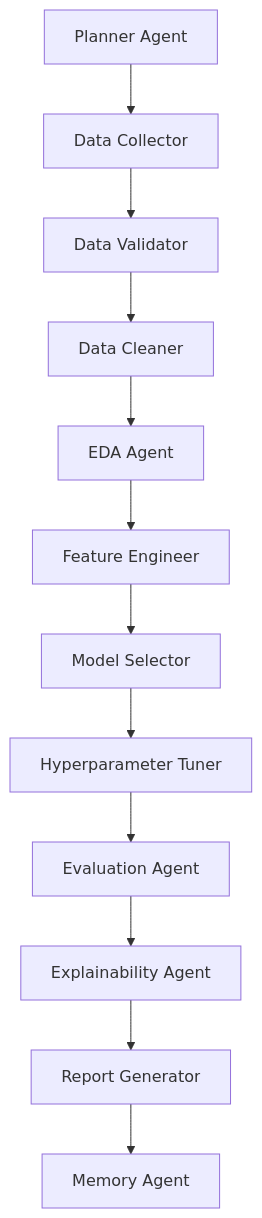
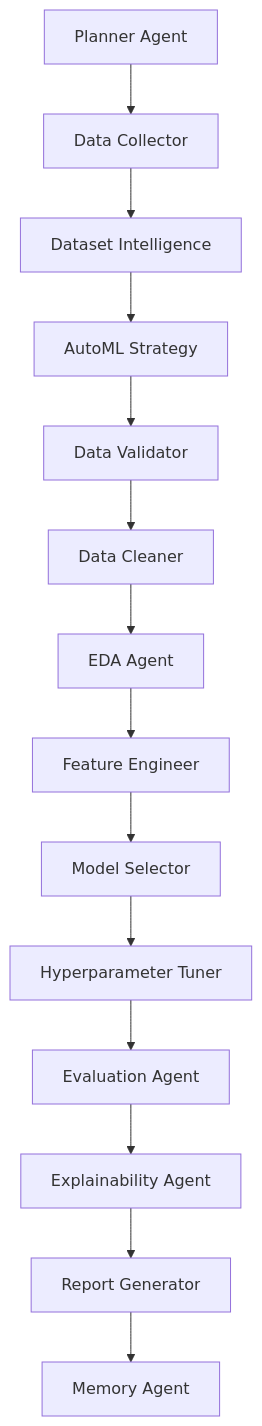
Before and after one commit to Tarak098/modelsmith-ai: the diagram in README.md, drawn with Mermaid. The commit also changed other lines of this file, not shown here.

Commit message:
Update README with Dataset Intelligence and Retry Loop architectures

````diff
--- a/README.md
+++ b/README.md
@@ -23,14 +24,16 @@
 ```mermaid
 graph TD
     A[Planner Agent] --> B[Data Collector]
-    B --> C[Data Validator]
-    C --> D[Data Cleaner]
-    D --> E[EDA Agent]
-    E --> F[Feature Engineer]
-    F --> G[Model Selector]
-    G --> H[Hyperparameter Tuner]
-    H --> I[Evaluation Agent]
-    I --> J[Explainability Agent]
-    J --> K[Report Generator]
-    K --> L[Memory Agent]
+    B --> C[Dataset Intelligence]
+    C --> D[AutoML Strategy]
+    D --> E[Data Validator]
+    E --> F[Data Cleaner]
+    F --> G[EDA Agent]
+    G --> H[Feature Engineer]
+    H --> I[Model Selector]
+    I --> J[Hyperparameter Tuner]
+    J --> K[Evaluation Agent]
+    K --> L[Explainability Agent]
+    L --> M[Report Generator]
+    M --> N[Memory Agent]
 ```
````
